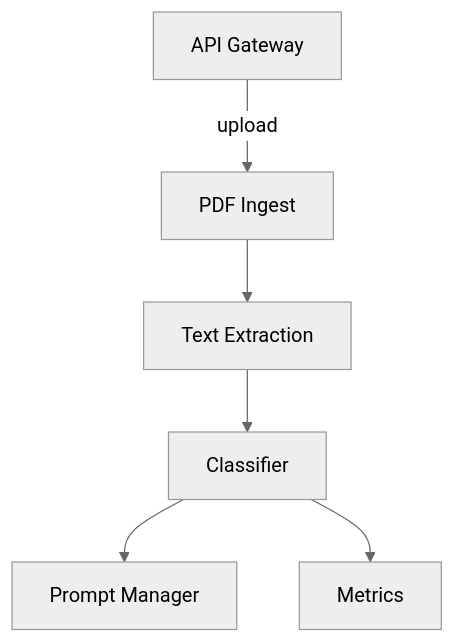
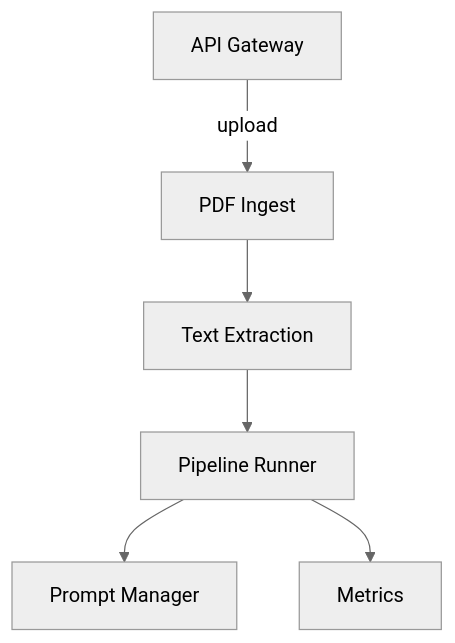
One commit to KarimAlMaghribi/Regress changed the diagram in README.md. Above: the diagram before and after it, drawn with Mermaid (neutral theme). The commit also changed other lines of this file and 4 other files, not shown here.

````diff
--- a/README.md
+++ b/README.md
@@ -7,8 +7,8 @@
 ```mermaid
 graph TD;
     A[API Gateway] -->|upload| B[PDF Ingest];
     B --> C[Text Extraction];
-    C --> D[Classifier];
+    C --> D[Pipeline Runner];
     D --> E[Prompt Manager];
     D --> F[Metrics];
 ```
````
